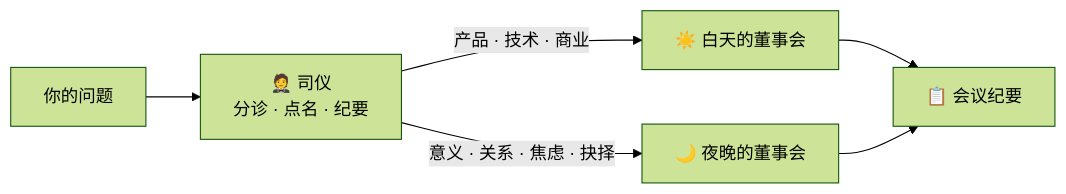
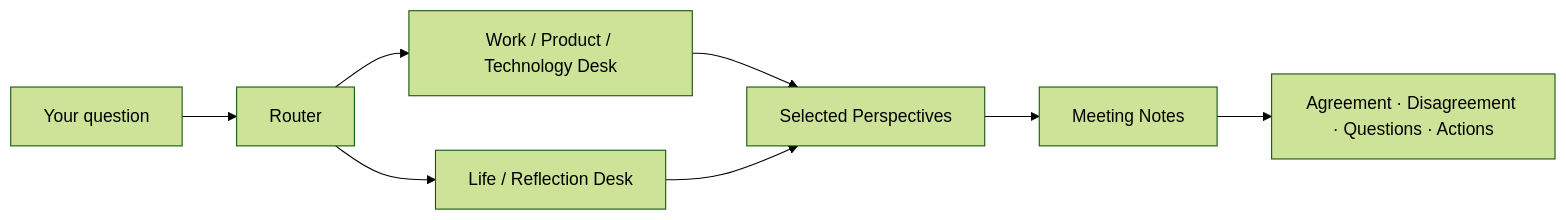
One commit to Dream22180971/wise-council-mcp changed the diagram in README.md. Above: the diagram before and after it, drawn with Mermaid (forest theme). The commit also changed other lines of this file, not shown here.

````diff
--- a/README.md
+++ b/README.md
@@ -75,8 +35,10 @@
 ```mermaid
 flowchart LR
-    Q[你的问题] --> M[🤵 司仪<br/>分诊 · 点名 · 纪要]
-    M -->|产品 · 技术 · 商业| D[☀️ 白天的董事会]
-    M -->|意义 · 关系 · 焦虑 · 抉择| N[🌙 夜晚的董事会]
-    D --> O[📋 会议纪要]
-    N --> O
+    Q[Your question] --> R[Router]
+    R --> D[Work / Product / Technology Desk]
+    R --> N[Life / Reflection Desk]
+    D --> P[Selected Perspectives]
+    N --> P
+    P --> M[Meeting Notes]
+    M --> O[Agreement · Disagreement · Questions · Actions]
 ```
````
